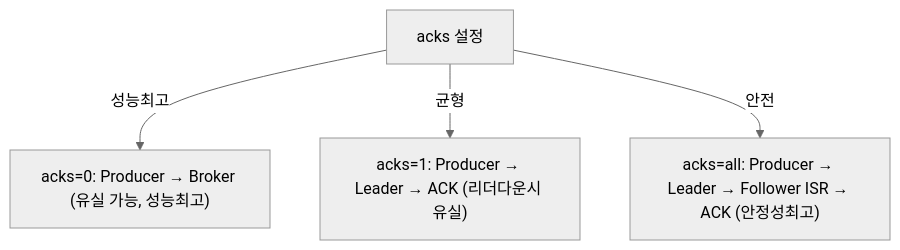
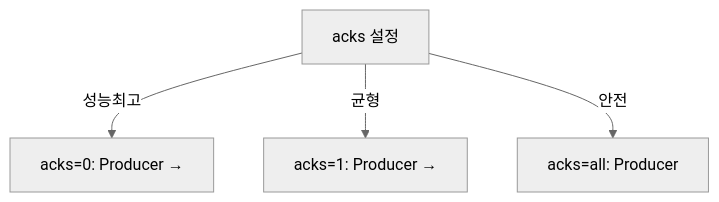
Before and after one commit to yjkim2015/yjkim2015.github.io: diagram 17 of 17 in _posts/kafka/2026-05-01-kafka-fundamentals.md, drawn with Mermaid (neutral theme). The commit also changed other lines of this file and 271 other files, not shown here.

First line of the commit message:
Mermaid 라벨 축소: 긴 노드 텍스트 18자 이하로 트림 + \n 제거

````diff
--- a/_posts/kafka/2026-05-01-kafka-fundamentals.md
+++ b/_posts/kafka/2026-05-01-kafka-fundamentals.md
@@ -571,10 +571,10 @@
 ```mermaid
 graph TD
-    P0["acks=0: Producer → Broker (유실 가능, 성능최고)"]
-    P1["acks=1: Producer → Leader → ACK (리더다운시 유실)"]
-    PA["acks=all: Producer → Leader → Follower ISR → ACK (안정성최고)"]
+    P0["acks=0: Producer →"]
+    P1["acks=1: Producer →"]
+    PA["acks=all: Producer"]
     ACKS["acks 설정"]
     ACKS -->|"성능최고"| P0
     ACKS -->|"균형"| P1
     ACKS -->|"안전"| PA
 ```
````
